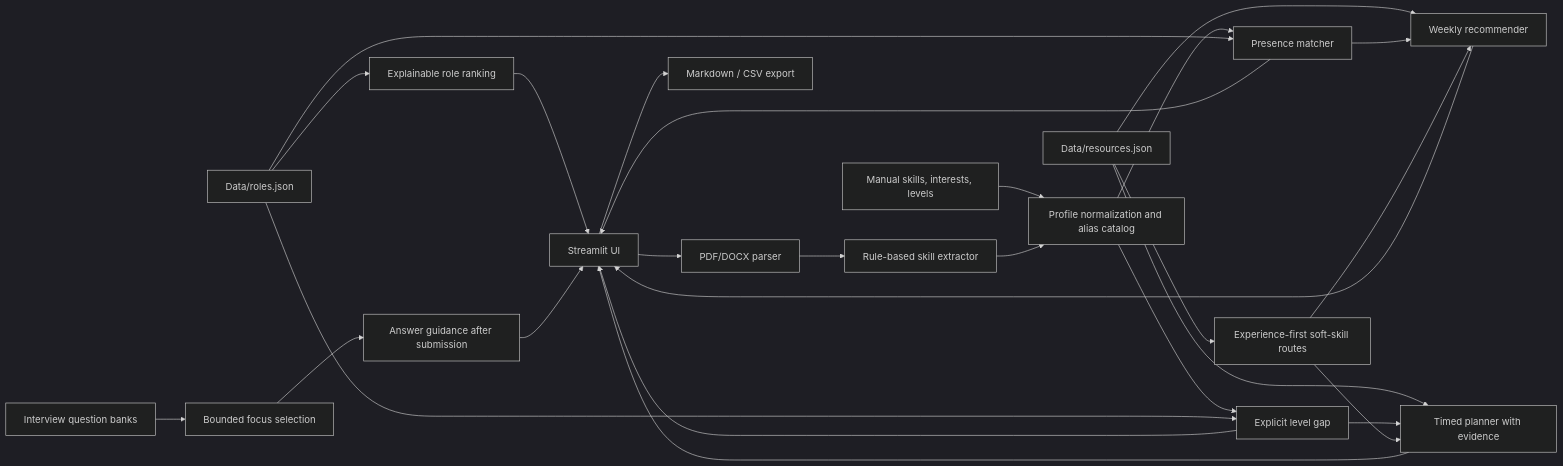
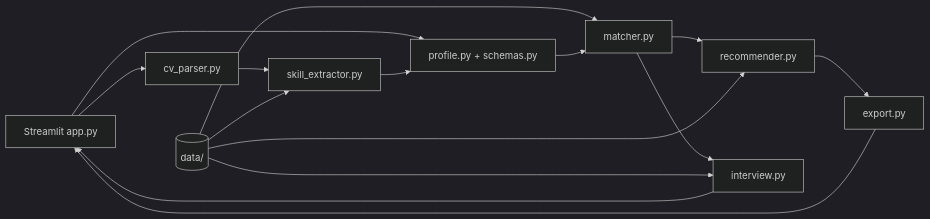
One commit to LinhLaSieuSao/AI-Career-Coach changed the diagram in docs/architecture.md. Above: the diagram before and after it, drawn with Mermaid (dark theme). The commit also changed other lines of this file and 159 other files, not shown here.

````diff
--- a/docs/architecture.md
+++ b/docs/architecture.md
@@ -3,28 +3,17 @@
 ```mermaid
 flowchart LR
-    UI[Streamlit UI] --> PARSE[PDF/DOCX parser]
-    PARSE --> EXT[Rule-based skill extractor]
-    FORM[Manual skills, interests, levels] --> PROF[Profile normalization and alias catalog]
-    EXT --> PROF
-    PROF --> PRES[Presence matcher]
-    PROF --> GAP[Explicit level gap]
-    ROLES[Data/roles.json] --> PRES
-    ROLES --> GAP
-    ROLES --> SUG[Explainable role ranking]
-    RES[Data/resources.json] --> WEEK[Weekly recommender]
-    RES --> TIME[Timed planner with evidence]
-    PRES --> WEEK
-    GAP --> TIME
-    PRES --> UI
-    GAP --> UI
-    SUG --> UI
-    WEEK --> UI
-    TIME --> UI
-    QUESTIONS[Interview question banks] --> INTERVIEW[Bounded focus selection]
-    INTERVIEW --> GUIDANCE[Answer guidance after submission]
-    GUIDANCE --> UI
-    RES --> PRACTICE[Experience-first soft-skill routes]
-    PRACTICE --> WEEK
-    PRACTICE --> TIME
-    UI --> EXPORT[Markdown / CSV export]
+    UI[Streamlit app.py] --> Parser[cv_parser.py]
+    UI --> Profile[profile.py + schemas.py]
+    Parser --> Extract[skill_extractor.py]
+    Extract --> Profile
+    Data[(data/)] --> Extract
+    Data --> Match[matcher.py]
+    Profile --> Match
+    Match --> Roadmap[recommender.py]
+    Data --> Roadmap
+    Match --> Interview[interview.py]
+    Data --> Interview
+    Roadmap --> Export[export.py]
+    Interview --> UI
+    Export --> UI
 ```
````
